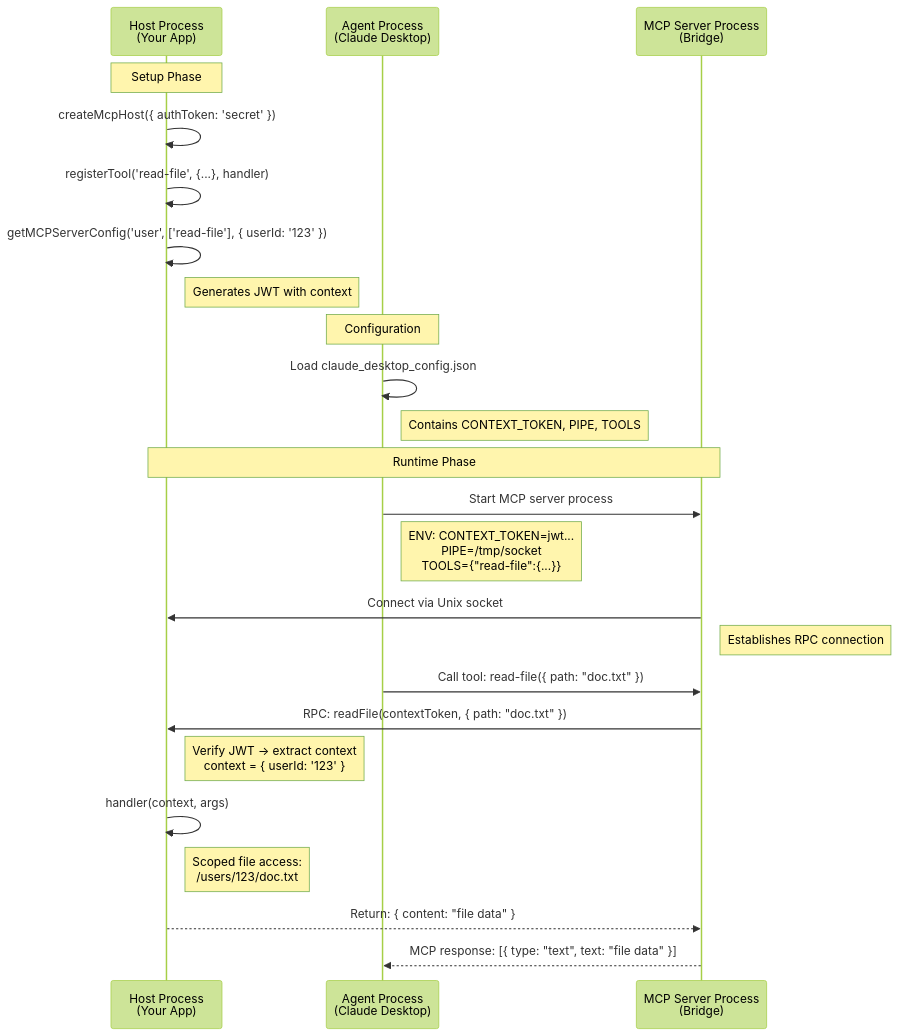
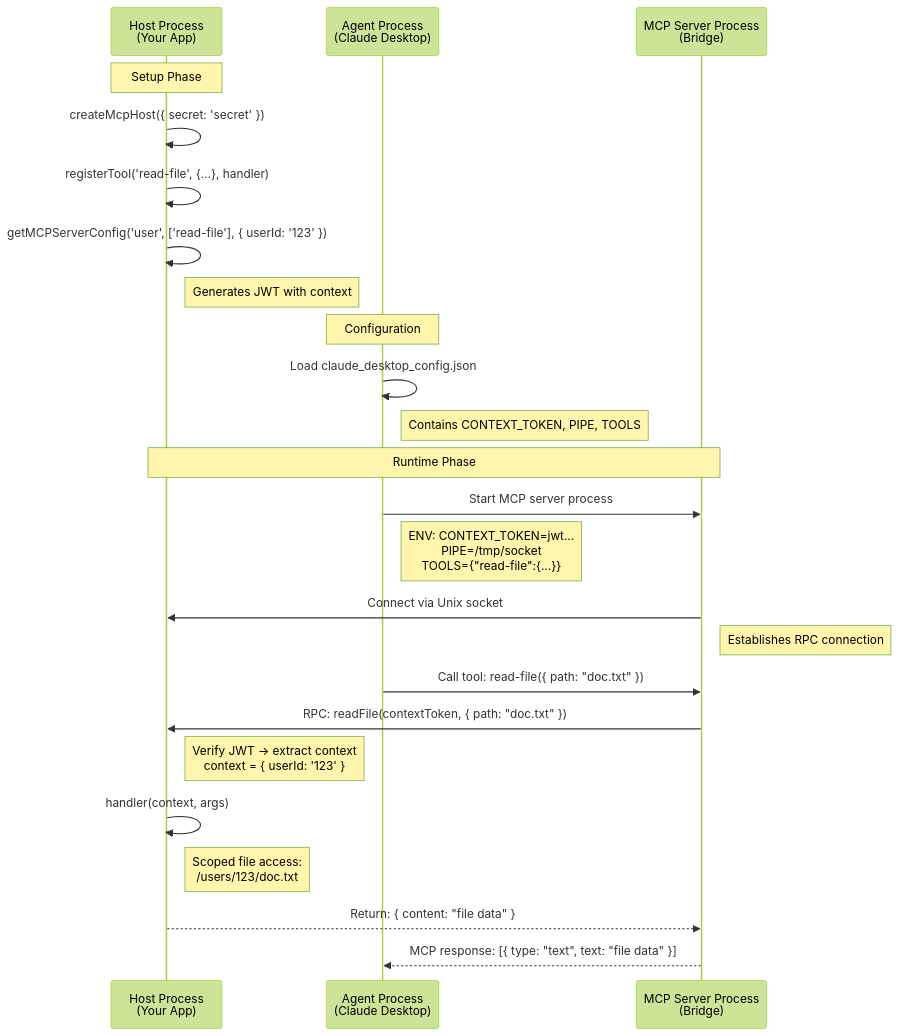
Before and after one commit to botanicastudios/mcp-host-rpc: the diagram in README.md, drawn with Mermaid (forest theme). The commit also changed other lines of this file and 8 other files, not shown here.

````diff
--- a/README.md
+++ b/README.md
@@ -554,33 +554,33 @@
 ```mermaid
 sequenceDiagram
     participant Host as Host Process<br/>(Your App)
     participant Agent as Agent Process<br/>(Claude Desktop)
     participant MCP as MCP Server Process<br/>(Bridge)
 
     Note over Host: Setup Phase
-    Host->>Host: createMcpHost({ authToken: 'secret' })
+    Host->>Host: createMcpHost({ secret: 'secret' })
     Host->>Host: registerTool('read-file', {...}, handler)
     Host->>Host: getMCPServerConfig('user', ['read-file'], { userId: '123' })
     Note right of Host: Generates JWT with context
 
     Note over Agent: Configuration
     Agent->>Agent: Load claude_desktop_config.json
     Note right of Agent: Contains CONTEXT_TOKEN, PIPE, TOOLS
 
     Note over Host,MCP: Runtime Phase
     Agent->>MCP: Start MCP server process
     Note right of Agent: ENV: CONTEXT_TOKEN=jwt...<br/>PIPE=/tmp/socket<br/>TOOLS={"read-file":{...}}
 
     MCP->>Host: Connect via Unix socket
     Note right of MCP: Establishes RPC connection
 
     Agent->>MCP: Call tool: read-file({ path: "doc.txt" })
     MCP->>Host: RPC: readFile(contextToken, { path: "doc.txt" })
     Note right of Host: Verify JWT → extract context<br/>context = { userId: '123' }
 
     Host->>Host: handler(context, args)
     Note right of Host: Scoped file access:<br/>/users/123/doc.txt
 
     Host-->>MCP: Return: { content: "file data" }
     MCP-->>Agent: MCP response: [{ type: "text", text: "file data" }]
 ```
````
